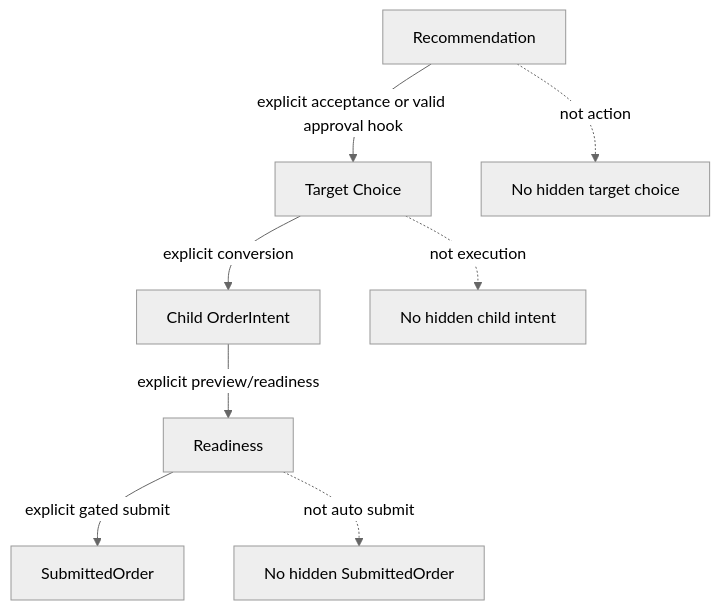
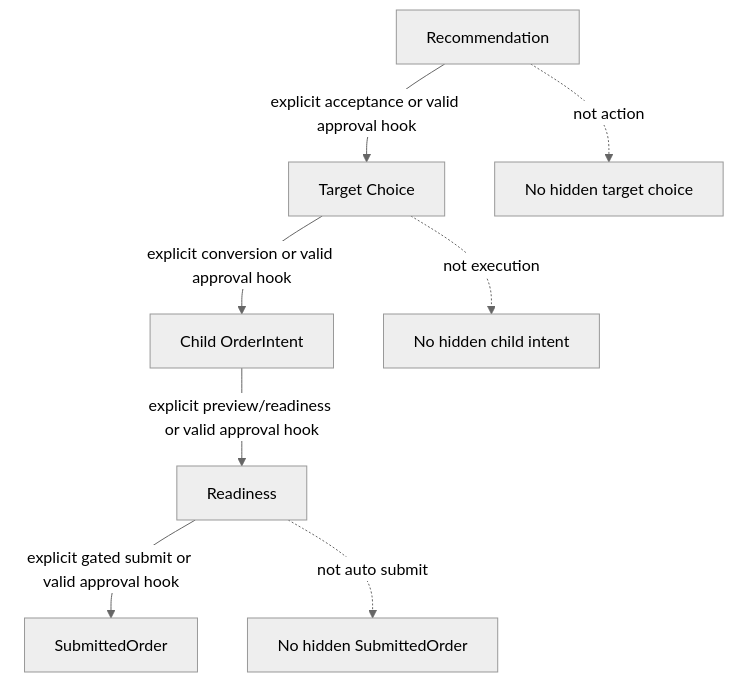
One commit to fluxus-pecuniae/money-flow changed the second of 2 diagrams in money-flow/00 Maps/Workflow Map.md. Above: the diagram before and after it, drawn with Mermaid (neutral theme). The commit also changed other lines of this file and 37 other files, not shown here.

````diff
--- a/money-flow/00 Maps/Workflow Map.md
+++ b/money-flow/00 Maps/Workflow Map.md
@@ -34,11 +34,11 @@
 ```mermaid
 flowchart TD
   Rec[Recommendation] -->|explicit acceptance or valid approval hook| Choice[Target Choice]
-  Choice -->|explicit conversion| Intent[Child OrderIntent]
-  Intent -->|explicit preview/readiness| Ready[Readiness]
-  Ready -->|explicit gated submit| Submitted[SubmittedOrder]
+  Choice -->|explicit conversion or valid approval hook| Intent[Child OrderIntent]
+  Intent -->|explicit preview/readiness or valid approval hook| Ready[Readiness]
+  Ready -->|explicit gated submit or valid approval hook| Submitted[SubmittedOrder]
 
   Rec -. not action .-> Stop1[No hidden target choice]
   Choice -. not execution .-> Stop2[No hidden child intent]
   Ready -. not auto submit .-> Stop3[No hidden SubmittedOrder]
 ```
````
